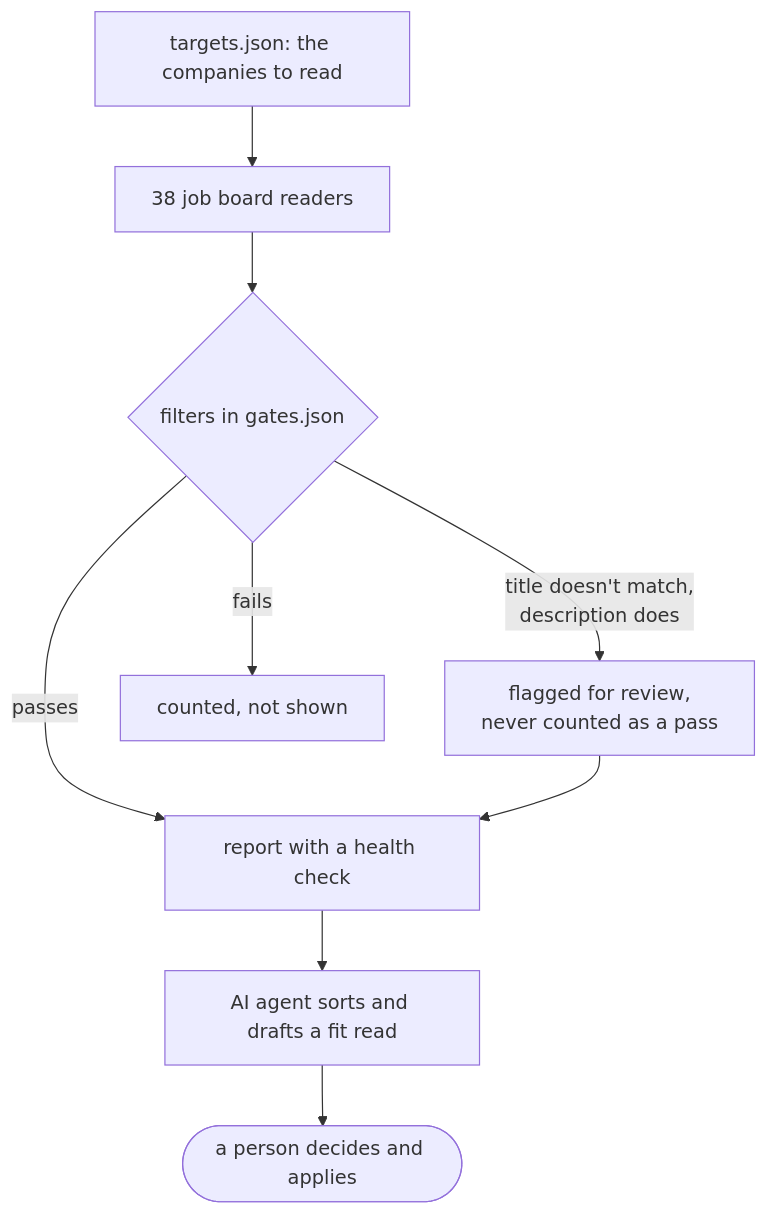
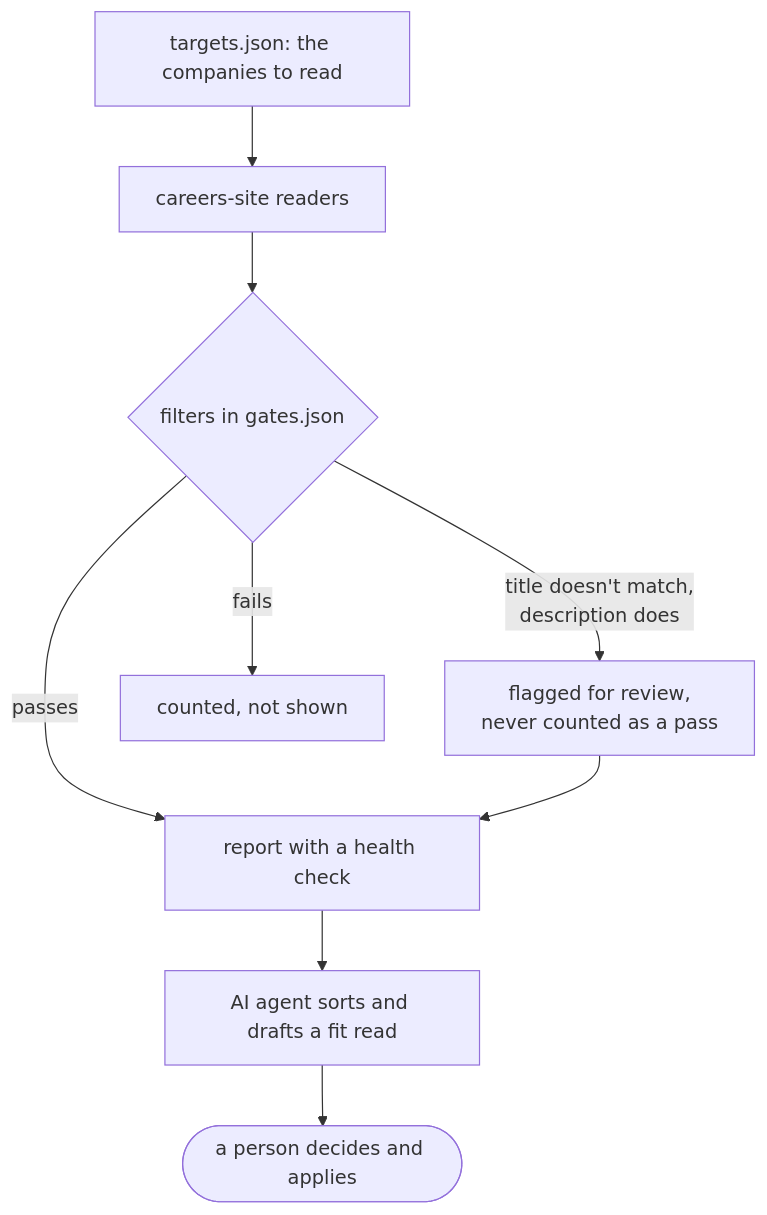
Before and after one commit to mpwilso/Project-Max-Q: the diagram in README.md, drawn with Mermaid. The commit also changed other lines of this file and 1 other file, not shown here.

````diff
--- a/README.md
+++ b/README.md
@@ -66,11 +116,11 @@
 ```mermaid
 flowchart TD
-    T[targets.json: the companies to read] --> A[38 job board readers]
+    T[targets.json: the companies to read] --> A[careers-site readers]
     A --> G{filters in gates.json}
     G -->|passes| R[report with a health check]
     G -->|title doesn't match,<br/>description does| B[flagged for review,<br/>never counted as a pass]
     B --> R
     G -->|fails| X[counted, not shown]
     R --> AI[AI agent sorts and drafts a fit read]
     AI --> P([a person decides and applies])
 ```
````
